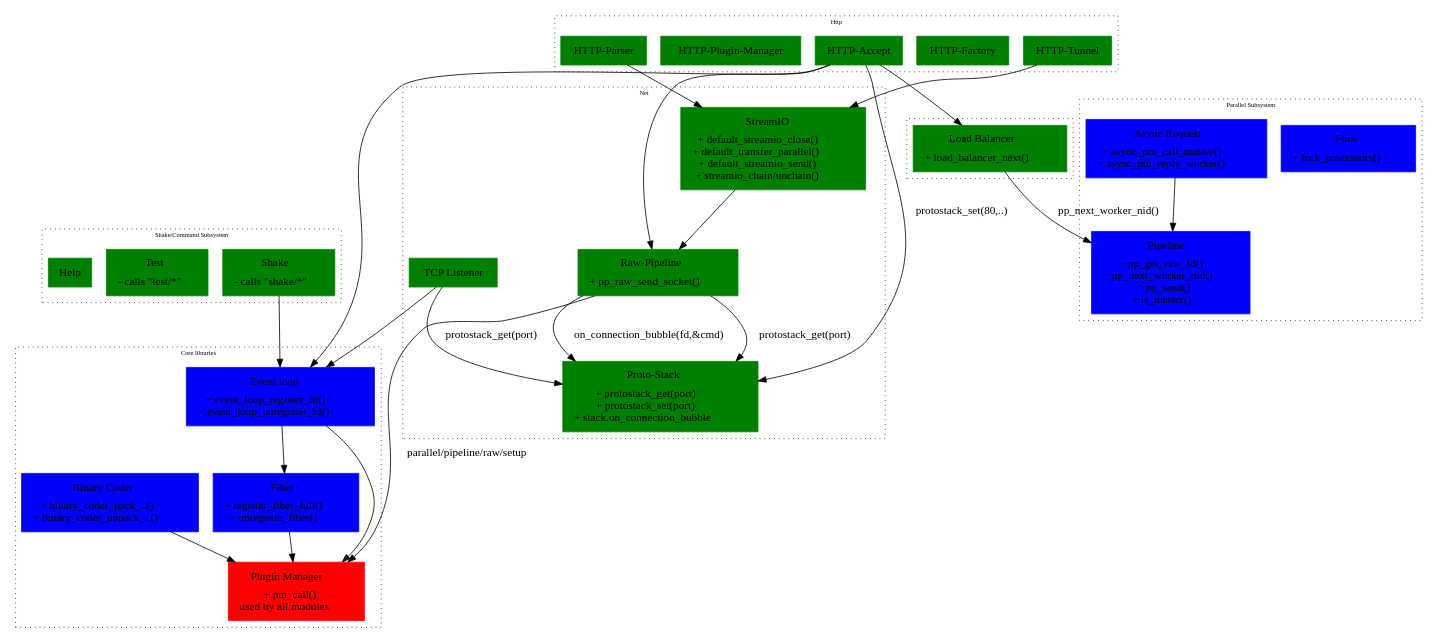
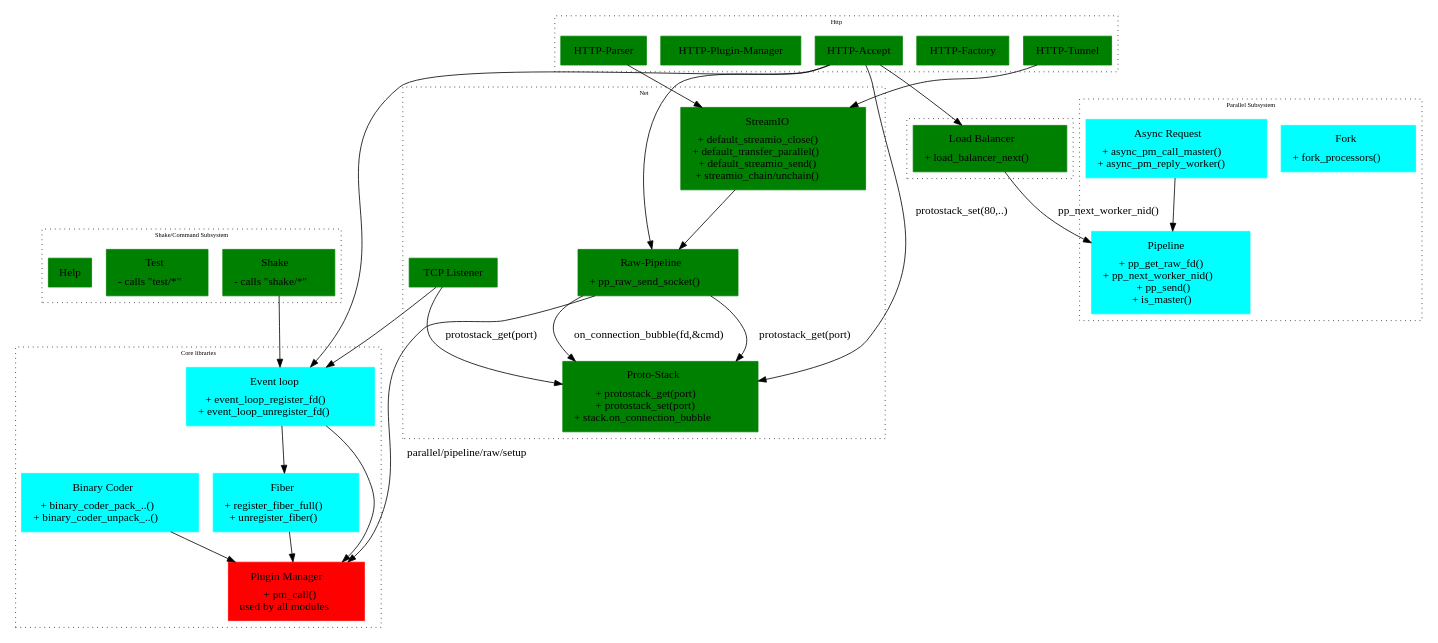
One commit to kamanashisroy/nginz changed the diagram in base/subsystems.dot. Above: the diagram before and after it, drawn with Graphviz.

Commit message:
minor change in the color of subsystems.dot

```diff
--- a/base/subsystems.dot
+++ b/base/subsystems.dot
@@ -1,126 +1,126 @@
 digraph G {
         fontname = "Bitstream Vera Sans";
         fontsize = 8;
 	node [ shape = "record" style = "filled" ];
 
 	subgraph cluster_core_submodule {
 		graph [style="dotted" color="black"];
 		label = "Core libraries";
 		pm [
 			label = <<table><tr><td>Plugin Manager</td></tr><tr><td>+ pm_call()<br/>used by all modules</td></tr></table>>
 			color = "red"
 		];
 
 		fiber [
 			label = <<table><tr><td>Fiber</td></tr><tr><td>+ register_fiber_full()<br/>+ unregister_fiber()</td></tr></table>>
-			color = "blue"
+			color = "cyan"
 		];
 		fiber -> pm;
 		binary_coder [
 			label = <<table><tr><td>Binary Coder</td></tr><tr><td>+ binary_coder_pack_..()<br/>+ binary_coder_unpack_..()</td></tr></table>>
-			color = "blue"
+			color = "cyan"
 		];
 		binary_coder -> pm;
 
 		event_loop [
 			label = <<table><tr><td>Event loop</td></tr><tr><td>+ event_loop_register_fd()<br/>+ event_loop_unregister_fd()</td></tr></table>>
-			color = "blue"
+			color = "cyan"
 		];
 		event_loop -> fiber;
 		event_loop -> pm;
 
 	}
 
 	subgraph cluster_parallel {
 		graph [style="dotted" color="black"];
 		label = "Parallel Subsystem";
 		fork [
 			label = <<table><tr><td>Fork</td></tr><tr><td>+ fork_processors()</td></tr></table>>
-			color = "blue"
+			color = "cyan"
 		];
 		pipeline [
 			label = <<table><tr><td>Pipeline</td></tr><tr><td>+ pp_get_raw_fd()<br/>+ pp_next_worker_nid()<br/>+ pp_send()<br/>+ is_master()</td></tr></table>>
-			color = "blue"
+			color = "cyan"
 		];
 		async_request [
 			label = <<table><tr><td>Async Request</td></tr><tr><td>+ async_pm_call_master()<br/>+ async_pm_reply_worker()</td></tr></table>>
-			color = "blue"
+			color = "cyan"
 		]
 		async_request -> pipeline
 	}
 	
 
 
 	subgraph cluster_shake_submodule {
 		graph [style="dotted" color="black"];
 		label = "Shake/Command Subsystem";
 		shake [
 			label = <<table><tr><td>Shake</td></tr><tr><td>- calls "shake/*"</td></tr></table>>
 			color = "green"
 		];
 
 		test [
 			label = <<table><tr><td>Test</td></tr><tr><td>- calls "test/*"</td></tr></table>>
 			color = "green"
 		];
 
 		help [
 			label = Help
 			color = "green"
 		];
 	}
 
 	shake -> event_loop [constraint = "true" lhead = "cluster_shake_submodule" ltail = "cluster_core_submodule"];
 
 	subgraph cluster_net {
 		graph [style="dotted" color="black"];
 		label = "Net";
 		protostack [
 			label = <<table><tr><td>Proto-Stack</td></tr><tr><td>+ protostack_get(port)<br/>+ protostack_set(port)<br/>+ stack.on_connection_bubble</td></tr></table>>
 			color = "green"
 		]
 		tcp_listener [label = "TCP Listener" color = "green"]
 		tcp_listener -> event_loop
 		tcp_listener -> protostack [label = "protostack_get(port)"]
 		raw_pipeline [label = "Raw-Pipeline" color = "green"]
 		raw_pipeline [
 			label = <<table><tr><td>Raw-Pipeline</td></tr><tr><td>+ pp_raw_send_socket()</td></tr></table>>
 			color = "green"
 		]
 		raw_pipeline -> pm [label = "parallel/pipeline/raw/setup"]
 		raw_pipeline -> protostack [label = "protostack_get(port)"]
 		raw_pipeline -> protostack [label = "on_connection_bubble(fd,&cmd)"]
 		streamio [
 			label = <<table><tr><td>StreamIO</td></tr><tr><td>+ default_streamio_close()<br/>+ default_transfer_parallel()<br/>+ default_streamio_send()<br/>+ streamio_chain/unchain()</td></tr></table>>
 			color = "green"
 		]
 		streamio -> raw_pipeline
 	}
 	
 	subgraph cluster_load_balancer {
 		graph [style="dotted" color="black"];
 		load_balancer [
 			label = <<table><tr><td>Load Balancer</td></tr><tr><td>+ load_balancer_next()</td></tr></table>>
 			color = "green"
 		]
 		load_balancer -> pipeline [label = "pp_next_worker_nid()"]
 	}
 
 	subgraph cluster_http {
 		graph [style="dotted" color="black"];
 		label = "Http";
 		http_accept [label = "HTTP-Accept" color = "green"]
 		http_accept -> protostack [label = "protostack_set(80,..)"]
 		http_accept -> event_loop
 		http_accept -> load_balancer
 		http_accept -> raw_pipeline
 		http_factory [label = "HTTP-Factory" color = "green"]
 		http_parser [label = "HTTP-Parser" color = "green"]
 		http_parser -> streamio
 		http_plugin_manager  [label = "HTTP-Plugin-Manager" color = "green"]
 		http_tunnel  [label = "HTTP-Tunnel" color = "green"]
 		http_tunnel -> streamio
 	}
 
 	
 }
```
